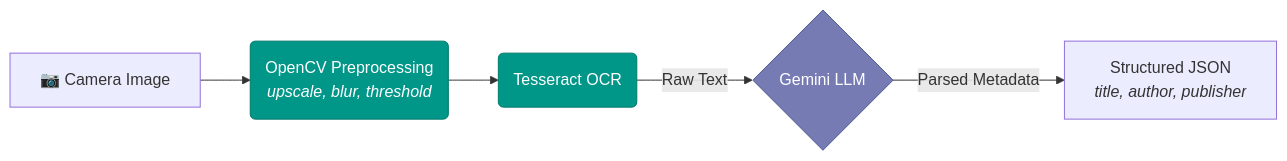
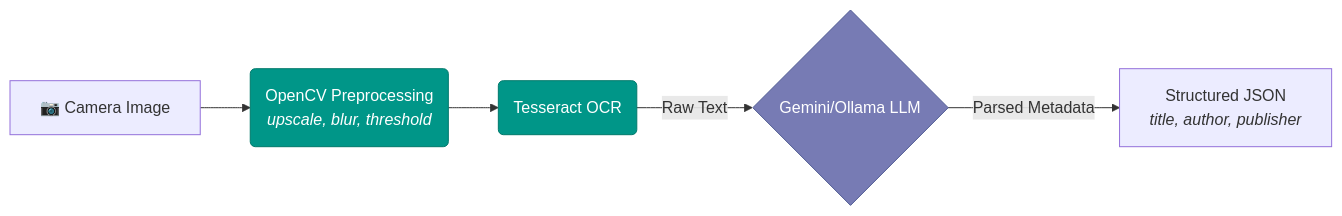
One commit to prasajanravishka/library_system- changed the second of 2 diagrams in README.md. Above: the diagram before and after it, drawn with Mermaid. The commit also changed other lines of this file and 26 other files, not shown here.

````diff
--- a/README.md
+++ b/README.md
@@ -109,11 +132,11 @@
 ```mermaid
 flowchart LR
     A[📷 Camera Image] --> B(OpenCV Preprocessing<br/><i>upscale, blur, threshold</i>)
     B --> C(Tesseract OCR)
-    C -->|Raw Text| D{Gemini LLM}
+    C -->|Raw Text| D{Gemini/Ollama LLM}
     D -->|Parsed Metadata| E[Structured JSON<br/><i>title, author, publisher</i>]
     
     style B fill:#009688,stroke:#00796B,color:#fff
     style C fill:#009688,stroke:#00796B,color:#fff
     style D fill:#777BB4,stroke:#4F5B93,color:#fff
 ```
````
